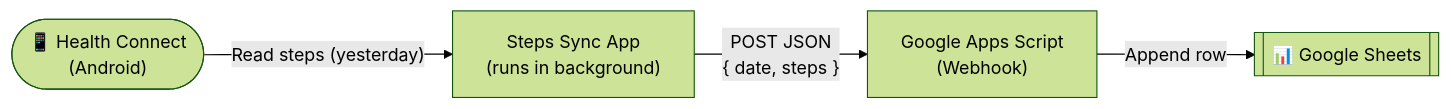
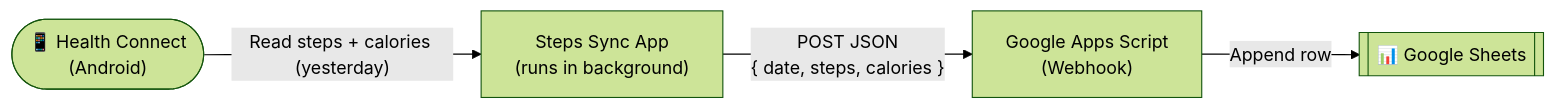
Before and after one commit to martamateu/Steps_sync: the diagram in README.md, drawn with Mermaid (forest theme). The commit also changed other lines of this file, not shown here.

Commit message:
docs: update README to reflect calories feature, full English

````diff
--- a/README.md
+++ b/README.md
@@ -9,11 +9,11 @@
 ```mermaid
 flowchart LR
     HC(["📱 Health Connect\n(Android)"])
     APP["Steps Sync App\n(runs in background)"]
     GAS["Google Apps Script\n(Webhook)"]
     GS[["📊 Google Sheets"]]
 
-    HC -->|"Read steps (yesterday)"| APP
-    APP -->|"POST JSON\n{ date, steps }"| GAS
+    HC -->|"Read steps + calories (yesterday)"| APP
+    APP -->|"POST JSON\n{ date, steps, calories }"| GAS
     GAS -->|"Append row"| GS
 ```
````
